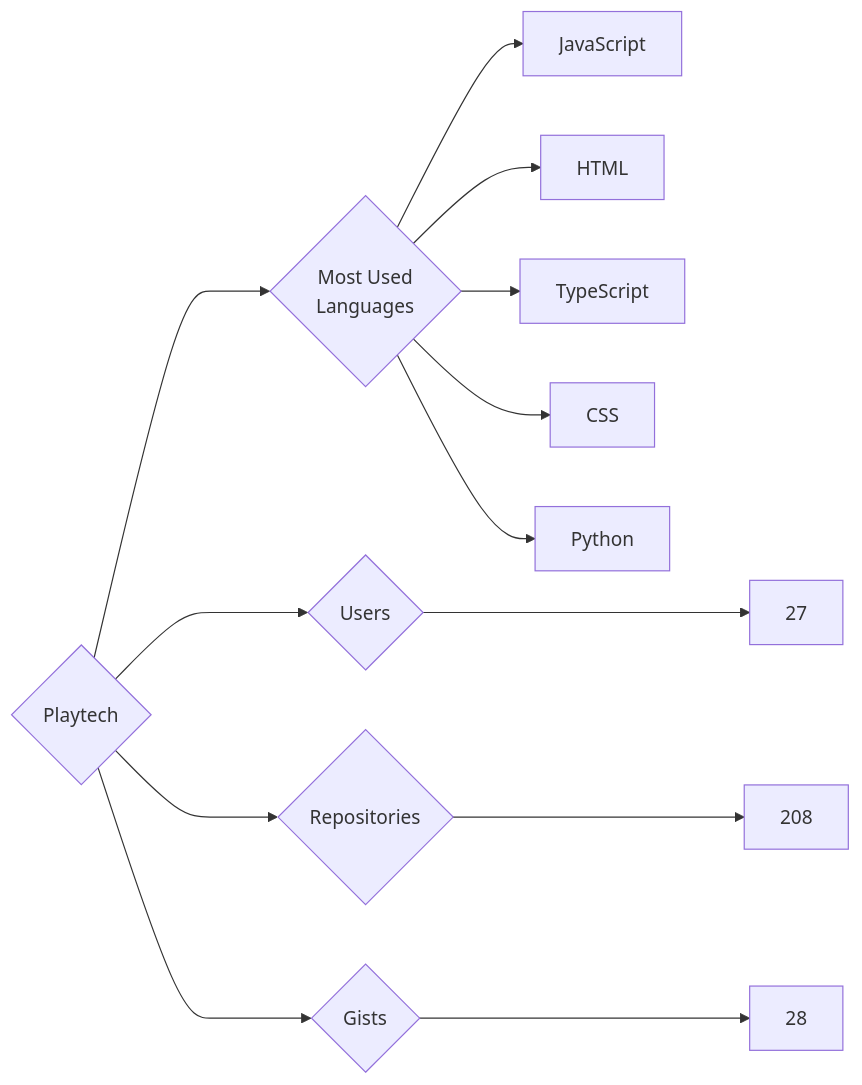
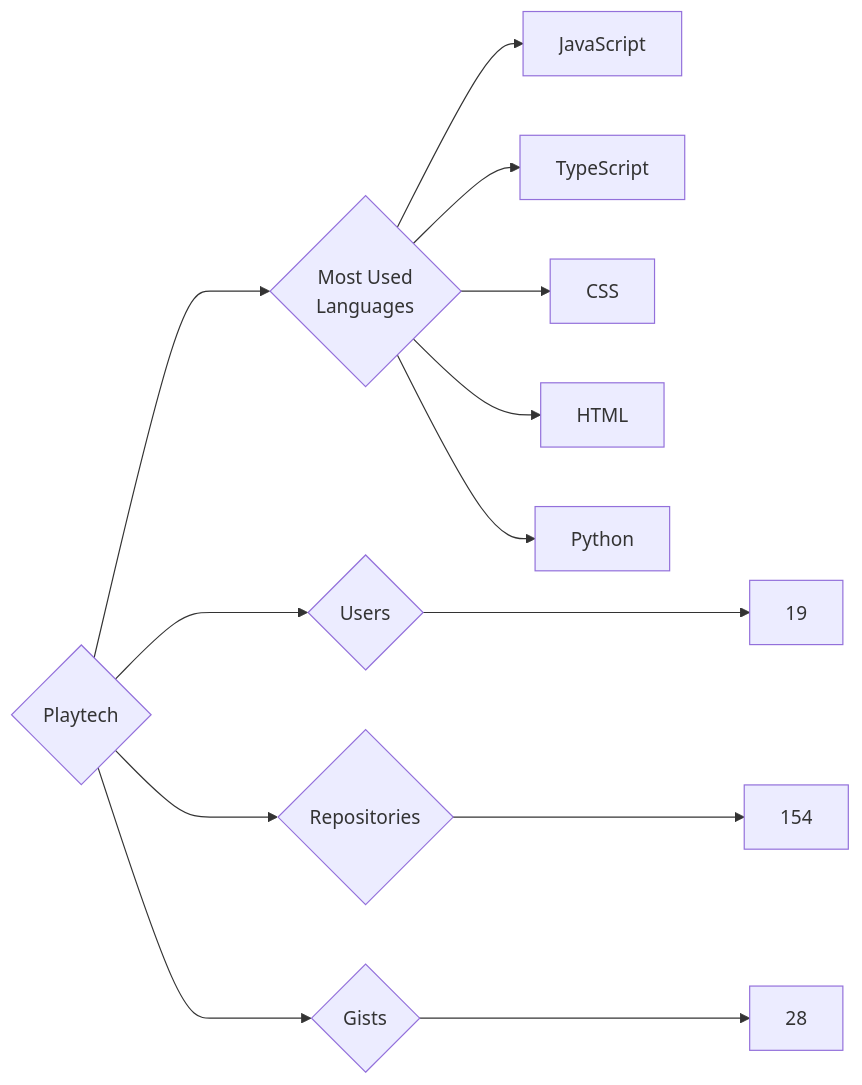
The diagram in targets/Playtech/README.md (trickest/insiders), drawn with Mermaid before and after one commit. The commit also changed 682 other files, not shown here.

````diff
--- a/targets/Playtech/README.md
+++ b/targets/Playtech/README.md
@@ -3,13 +3,13 @@
 ```mermaid
 graph LR
 COMPANY_NAME{Playtech}
-COMPANY_NAME ---> U{Users} ---> UN[27]
-COMPANY_NAME ---> R{Repositories} ---> RN[208]
+COMPANY_NAME ---> U{Users} ---> UN[19]
+COMPANY_NAME ---> R{Repositories} ---> RN[154]
 COMPANY_NAME ---> G{Gists} ---> GN[28]
 COMPANY_NAME ---> ML{Most Used<br>Languages}
 ML --> JavaScript[JavaScript]
-ML --> HTML[HTML]
 ML --> TypeScript[TypeScript]
 ML --> CSS[CSS]
+ML --> HTML[HTML]
 ML --> Python[Python]
 ```
````
